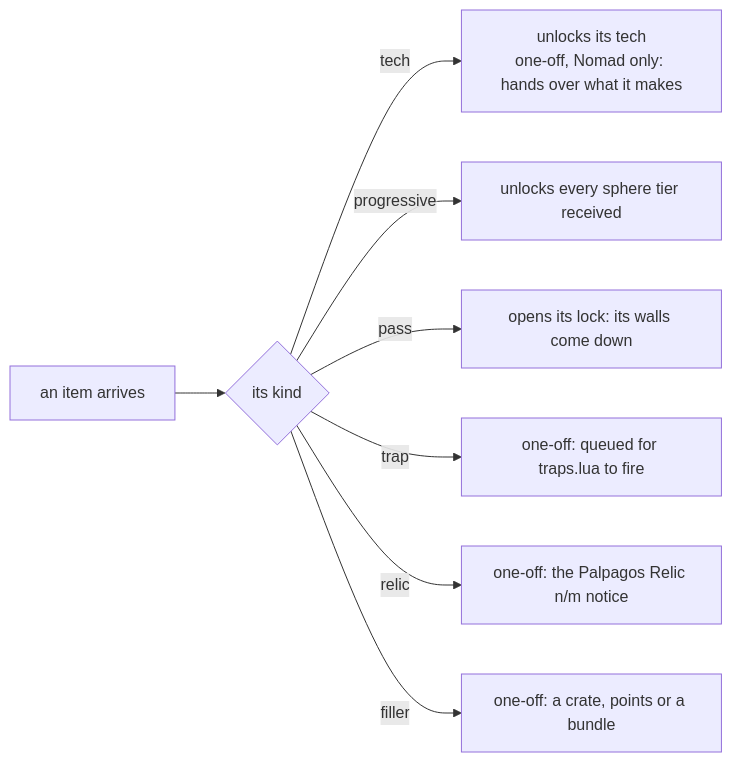
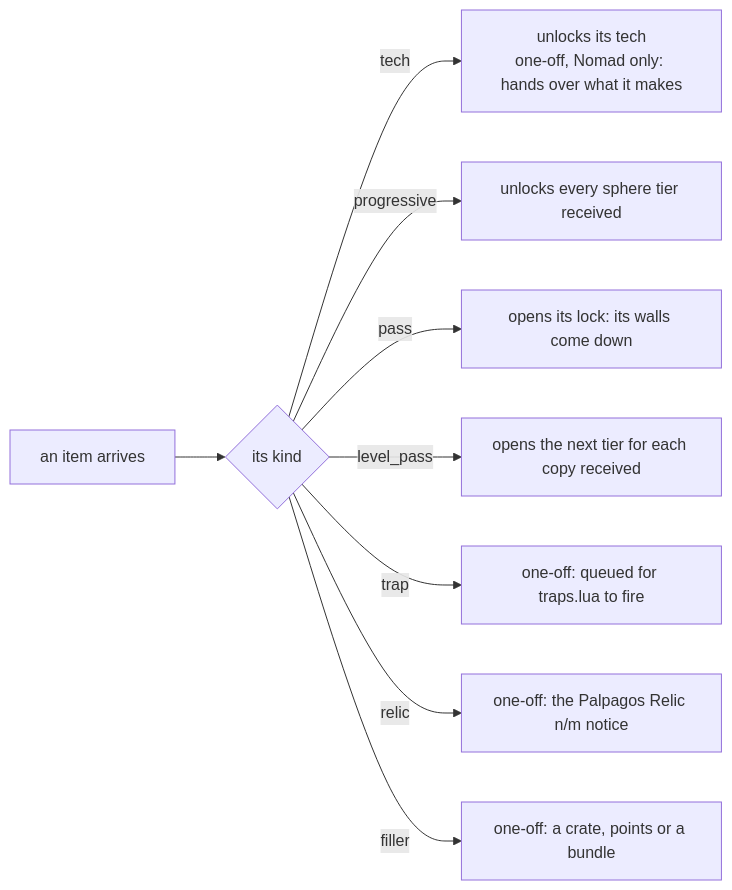
Before and after one commit to JustEyeTea/Palworld-Archipelago-Randomizer: the seventh of 13 diagrams in docs/architecture.md, drawn with Mermaid. The commit also changed other lines of this file and 55 other files, not shown here.

````diff
--- a/docs/architecture.md
+++ b/docs/architecture.md
@@ -460,10 +481,11 @@
 ```mermaid
 flowchart LR
   I["an item arrives"] --> K{"its kind"}
   K -->|tech| T["unlocks its tech<br/>one-off, Nomad only: hands over what it makes"]
   K -->|progressive| PG["unlocks every sphere tier received"]
   K -->|pass| PA["opens its lock: its walls come down"]
+  K -->|level_pass| LP["opens the next tier for each copy received"]
   K -->|trap| TR["one-off: queued for traps.lua to fire"]
   K -->|relic| RE["one-off: the Palpagos Relic n/m notice"]
   K -->|filler| FI["one-off: a crate, points or a bundle"]
 ```
````
